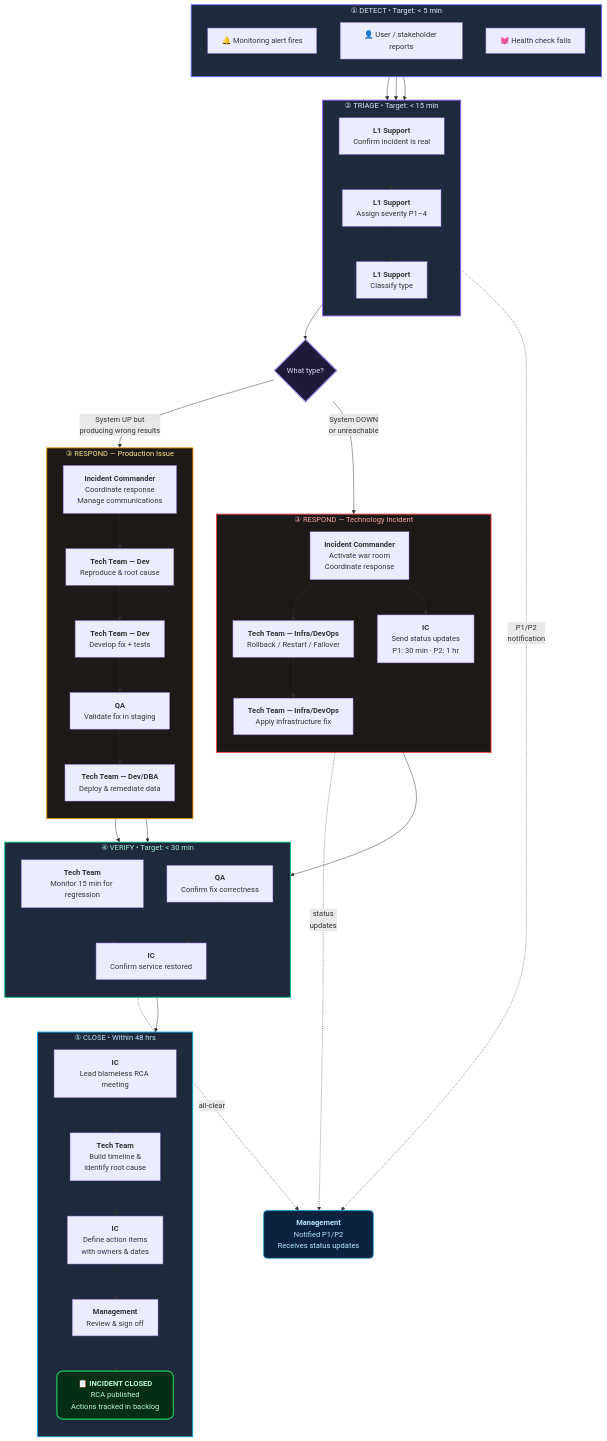
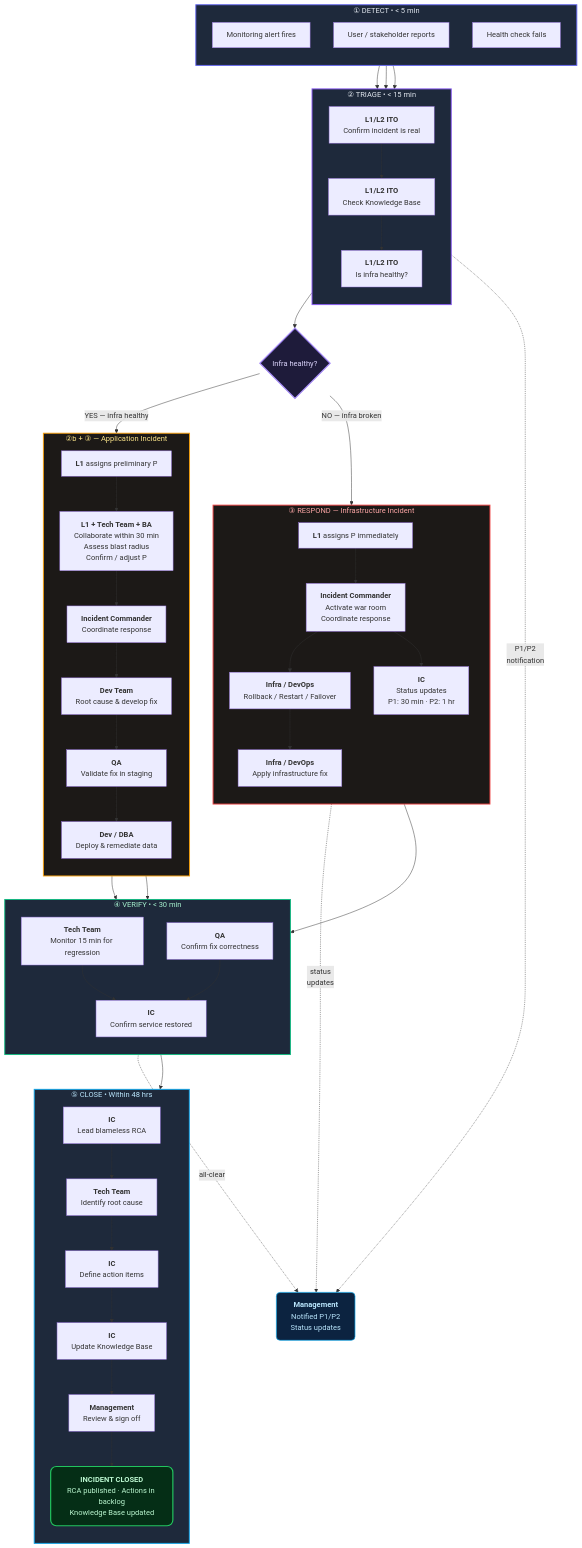
Before and after one commit to dsonerd/sharable: the first of 3 diagrams in solutions/incident-managment/swimlane-flow.md, drawn with Mermaid. The commit also changed other lines of this file, not shown here.

First line of the commit message:
Update swimlane flow to Infrastructure vs Application Incident model

````diff
--- a/solutions/incident-managment/swimlane-flow.md
+++ b/solutions/incident-managment/swimlane-flow.md
@@ -124,21 +134,21 @@
     %% ═══════════════════════════════════════
     %% STAGE 1: DETECT
     %% ═══════════════════════════════════════
-    subgraph S1["① DETECT  •  Target: < 5 min"]
+    subgraph S1["① DETECT  •  < 5 min"]
         direction TB
-        A1["🔔 Monitoring alert fires"]
-        A2["👤 User / stakeholder reports"]
-        A3["💓 Health check fails"]
+        A1["Monitoring alert fires"]
+        A2["User / stakeholder reports"]
+        A3["Health check fails"]
     end
 
     %% ═══════════════════════════════════════
     %% STAGE 2: TRIAGE
     %% ═══════════════════════════════════════
-    subgraph S2["② TRIAGE  •  Target: < 15 min"]
+    subgraph S2["② TRIAGE  •  < 15 min"]
         direction TB
-        B1["<b>L1 Support</b><br/>Confirm incident is real"]
-        B2["<b>L1 Support</b><br/>Assign severity P1–4"]
-        B3["<b>L1 Support</b><br/>Classify type"]
+        B1["<b>L1/L2 ITO</b><br/>Confirm incident is real"]
+        B2["<b>L1/L2 ITO</b><br/>Check Knowledge Base"]
+        B3["<b>L1/L2 ITO</b><br/>Is infra healthy?"]
         B1 --> B2 --> B3
     end
 
@@ -146,41 +156,43 @@
     A2 --> B1
     A3 --> B1
 
-    B3 --> FORK{"What type?"}
+    B3 --> FORK{"Infra healthy?"}
 
     %% ═══════════════════════════════════════
-    %% STAGE 3a: TECH INCIDENT PATH
+    %% INFRA INCIDENT PATH
     %% ═══════════════════════════════════════
-    subgraph S3A["③ RESPOND — Technology Incident"]
+    subgraph S3A["③ RESPOND — Infrastructure Incident"]
         direction TB
+        C0["<b>L1</b> assigns P immediately"]
         C1["<b>Incident Commander</b><br/>Activate war room<br/>Coordinate response"]
-        C2["<b>Tech Team — Infra/DevOps</b><br/>Rollback / Restart / Failover"]
-        C3["<b>Tech Team — Infra/DevOps</b><br/>Apply infrastructure fix"]
-        C4["<b>IC</b><br/>Send status updates<br/>P1: 30 min · P2: 1 hr"]
-        C1 --> C2 --> C3
+        C2["<b>Infra / DevOps</b><br/>Rollback / Restart / Failover"]
+        C3["<b>Infra / DevOps</b><br/>Apply infrastructure fix"]
+        C4["<b>IC</b><br/>Status updates<br/>P1: 30 min · P2: 1 hr"]
+        C0 --> C1 --> C2 --> C3
         C1 --> C4
     end
 
     %% ═══════════════════════════════════════
-    %% STAGE 3b: PRODUCTION ISSUE PATH
+    %% APPLICATION INCIDENT PATH
     %% ═══════════════════════════════════════
-    subgraph S3B["③ RESPOND — Production Issue"]
+    subgraph S3B["②b + ③ — Application Incident"]
         direction TB
-        D1["<b>Incident Commander</b><br/>Coordinate response<br/>Manage communications"]
-        D2["<b>Tech Team — Dev</b><br/>Reproduce & root cause"]
-        D3["<b>Tech Team — Dev</b><br/>Develop fix + tests"]
-        D4["<b>QA</b><br/>Validate fix in staging"]
-        D5["<b>Tech Team — Dev/DBA</b><br/>Deploy & remediate data"]
-        D1 --> D2 --> D3 --> D4 --> D5
+        D0["<b>L1</b> assigns preliminary P"]
+        D0B["<b>L1 + Tech Team + BA</b><br/>Collaborate within 30 min<br/>Assess blast radius<br/>Confirm / adjust P"]
+        D1["<b>Incident Commander</b><br/>Coordinate response"]
+        D2["<b>Dev Team</b><br/>Root cause & develop fix"]
+        D3["<b>QA</b><br/>Validate fix in staging"]
+        D4["<b>Dev / DBA</b><br/>Deploy & remediate data"]
+        D0 --> D0B --> D1 --> D2 --> D3 --> D4
     end
 
-    FORK -->|"System DOWN<br/>or unreachable"| C1
-    FORK -->|"System UP but<br/>producing wrong results"| D1
+    FORK -->|"NO — infra broken"| C0
+    FORK -->|"YES — infra healthy"| D0
 
     %% ═══════════════════════════════════════
     %% STAGE 4: VERIFY
     %% ═══════════════════════════════════════
-    subgraph S4["④ VERIFY  •  Target: < 30 min"]
+    subgraph S4["④ VERIFY  •  < 30 min"]
         direction TB
         E1["<b>Tech Team</b><br/>Monitor 15 min for regression"]
         E2["<b>QA</b><br/>Confirm fix correctness"]
@@ -190,30 +202,31 @@
     end
 
     C3 --> E1
-    D5 --> E1
-    D5 --> E2
+    D4 --> E1
+    D4 --> E2
 
     %% ═══════════════════════════════════════
     %% STAGE 5: CLOSE
     %% ═══════════════════════════════════════
     subgraph S5["⑤ CLOSE  •  Within 48 hrs"]
         direction TB
-        F1["<b>IC</b><br/>Lead blameless RCA meeting"]
-        F2["<b>Tech Team</b><br/>Build timeline &<br/>identify root cause"]
-        F3["<b>IC</b><br/>Define action items<br/>with owners & dates"]
-        F4["<b>Management</b><br/>Review & sign off"]
-        F5["📋 <b>INCIDENT CLOSED</b><br/>RCA published<br/>Actions tracked in backlog"]
-        F1 --> F2 --> F3 --> F4 --> F5
+        F1["<b>IC</b><br/>Lead blameless RCA"]
+        F2["<b>Tech Team</b><br/>Identify root cause"]
+        F3["<b>IC</b><br/>Define action items"]
+        F4["<b>IC</b><br/>Update Knowledge Base"]
+        F5["<b>Management</b><br/>Review & sign off"]
+        F6["<b>INCIDENT CLOSED</b><br/>RCA published · Actions in backlog<br/>Knowledge Base updated"]
+        F1 --> F2 --> F3 --> F4 --> F5 --> F6
     end
 
     E3 --> F1
 
     %% ═══════════════════════════════════════
-    %% MANAGEMENT — parallel notification
+    %% MANAGEMENT — parallel
     %% ═══════════════════════════════════════
-    MGT["<b>Management</b><br/>Notified P1/P2<br/>Receives status updates"]
+    MGT["<b>Management</b><br/>Notified P1/P2<br/>Status updates"]
 
-    B2 -. "P1/P2<br/>notification" .-> MGT
+    B3 -. "P1/P2<br/>notification" .-> MGT
     C4 -. "status<br/>updates" .-> MGT
     E3 -. "all-clear" .-> MGT
 
@@ -222,8 +235,8 @@
     %% ═══════════════════════════════════════
     classDef stageDetect fill:#1E293B,stroke:#6366F1,stroke-width:2px,color:#E2E8F0
     classDef stageTriage fill:#1E293B,stroke:#8B5CF6,stroke-width:2px,color:#E2E8F0
-    classDef stageTech fill:#1C1917,stroke:#EF4444,stroke-width:2px,color:#FCA5A5
-    classDef stageProd fill:#1C1917,stroke:#F59E0B,stroke-width:2px,color:#FDE68A
+    classDef stageInfra fill:#1C1917,stroke:#EF4444,stroke-width:2px,color:#FCA5A5
+    classDef stageApp fill:#1C1917,stroke:#F59E0B,stroke-width:2px,color:#FDE68A
     classDef stageVerify fill:#1E293B,stroke:#10B981,stroke-width:2px,color:#A7F3D0
     classDef stageClose fill:#1E293B,stroke:#0EA5E9,stroke-width:2px,color:#BAE6FD
     classDef forkNode fill:#1E1B3A,stroke:#A78BFA,stroke-width:2.5px,color:#DDD6FE
@@ -232,11 +245,11 @@
 
     class S1 stageDetect
     class S2 stageTriage
-    class S3A stageTech
-    class S3B stageProd
+    class S3A stageInfra
+    class S3B stageApp
     class S4 stageVerify
     class S5 stageClose
     class FORK forkNode
     class MGT mgtNode
-    class F5 doneNode
+    class F6 doneNode
 ```
````
